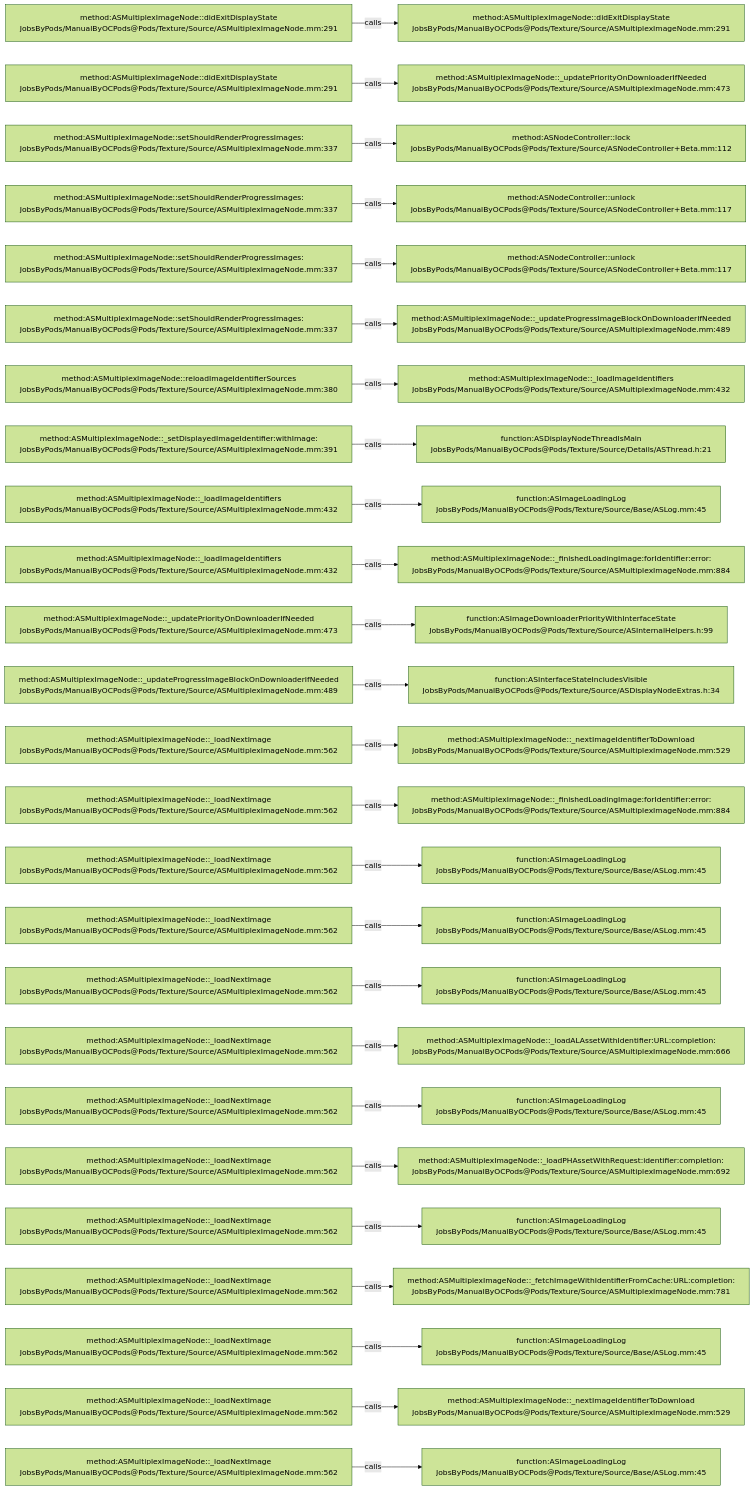
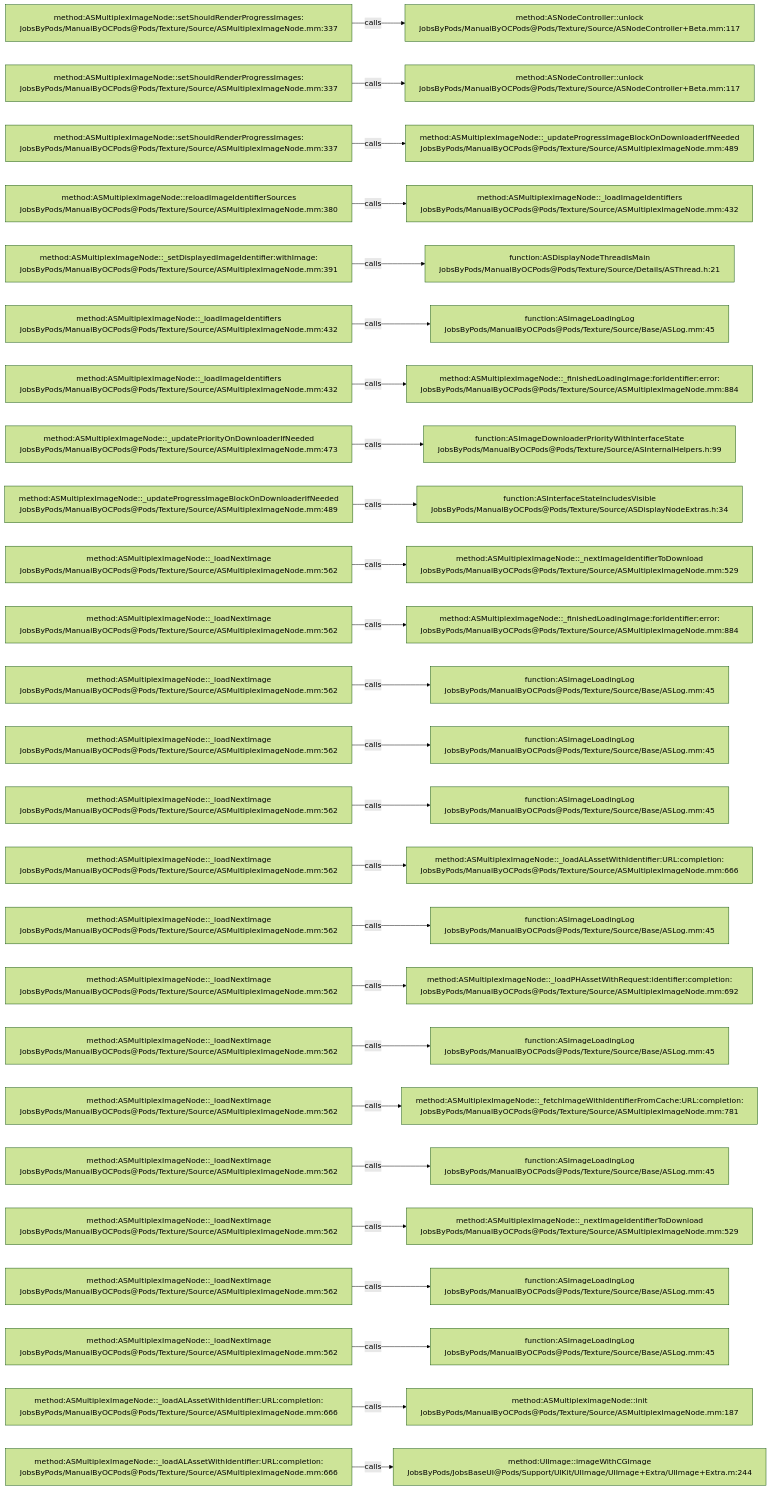
The diagram in .codegraph/codegraph.md/graphs/calls-117.md (JobsKits/JobsOCBaseConfigDemo), drawn with Mermaid (forest theme) before and after one commit. The commit also changed 342 other files, not shown here.

````diff
--- a/.codegraph/codegraph.md/graphs/calls-117.md
+++ b/.codegraph/codegraph.md/graphs/calls-117.md
@@ -13,78 +13,78 @@
 ```mermaid
 flowchart LR
-  S1["method:ASMultiplexImageNode::didExitDisplayState<br/>JobsByPods/ManualByOCPods@Pods/Texture/Source/ASMultiplexImageNode.mm:291"]
-  T1["method:ASMultiplexImageNode::didExitDisplayState<br/>JobsByPods/ManualByOCPods@Pods/Texture/Source/ASMultiplexImageNode.mm:291"]
+  S1["method:ASMultiplexImageNode::setShouldRenderProgressImages:<br/>JobsByPods/ManualByOCPods@Pods/Texture/Source/ASMultiplexImageNode.mm:337"]
+  T1["method:ASNodeController::unlock<br/>JobsByPods/ManualByOCPods@Pods/Texture/Source/ASNodeController+Beta.mm:117"]
   S1 -->|calls| T1
-  S2["method:ASMultiplexImageNode::didExitDisplayState<br/>JobsByPods/ManualByOCPods@Pods/Texture/Source/ASMultiplexImageNode.mm:291"]
-  T2["method:ASMultiplexImageNode::_updatePriorityOnDownloaderIfNeeded<br/>JobsByPods/ManualByOCPods@Pods/Texture/Source/ASMultiplexImageNode.mm:473"]
+  S2["method:ASMultiplexImageNode::setShouldRenderProgressImages:<br/>JobsByPods/ManualByOCPods@Pods/Texture/Source/ASMultiplexImageNode.mm:337"]
+  T2["method:ASNodeController::unlock<br/>JobsByPods/ManualByOCPods@Pods/Texture/Source/ASNodeController+Beta.mm:117"]
   S2 -->|calls| T2
   S3["method:ASMultiplexImageNode::setShouldRenderProgressImages:<br/>JobsByPods/ManualByOCPods@Pods/Texture/Source/ASMultiplexImageNode.mm:337"]
-  T3["method:ASNodeController::lock<br/>JobsByPods/ManualByOCPods@Pods/Texture/Source/ASNodeController+Beta.mm:112"]
+  T3["method:ASMultiplexImageNode::_updateProgressImageBlockOnDownloaderIfNeeded<br/>JobsByPods/ManualByOCPods@Pods/Texture/Source/ASMultiplexImageNode.mm:489"]
   S3 -->|calls| T3
-  S4["method:ASMultiplexImageNode::setShouldRenderProgressImages:<br/>JobsByPods/ManualByOCPods@Pods/Texture/Source/ASMultiplexImageNode.mm:337"]
-  T4["method:ASNodeController::unlock<br/>JobsByPods/ManualByOCPods@Pods/Texture/Source/ASNodeController+Beta.mm:117"]
+  S4["method:ASMultiplexImageNode::reloadImageIdentifierSources<br/>JobsByPods/ManualByOCPods@Pods/Texture/Source/ASMultiplexImageNode.mm:380"]
+  T4["method:ASMultiplexImageNode::_loadImageIdentifiers<br/>JobsByPods/ManualByOCPods@Pods/Texture/Source/ASMultiplexImageNode.mm:432"]
   S4 -->|calls| T4
-  S5["method:ASMultiplexImageNode::setShouldRenderProgressImages:<br/>JobsByPods/ManualByOCPods@Pods/Texture/Source/ASMultiplexImageNode.mm:337"]
-  T5["method:ASNodeController::unlock<br/>JobsByPods/ManualByOCPods@Pods/Texture/Source/ASNodeController+Beta.mm:117"]
+  S5["method:ASMultiplexImageNode::_setDisplayedImageIdentifier:withImage:<br/>JobsByPods/ManualByOCPods@Pods/Texture/Source/ASMultiplexImageNode.mm:391"]
+  T5["function:ASDisplayNodeThreadIsMain<br/>JobsByPods/ManualByOCPods@Pods/Texture/Source/Details/ASThread.h:21"]
   S5 -->|calls| T5
-  S6["method:ASMultiplexImageNode::setShouldRenderProgressImages:<br/>JobsByPods/ManualByOCPods@Pods/Texture/Source/ASMultiplexImageNode.mm:337"]
-  T6["method:ASMultiplexImageNode::_updateProgressImageBlockOnDownloaderIfNeeded<br/>JobsByPods/ManualByOCPods@Pods/Texture/Source/ASMultiplexImageNode.mm:489"]
+  S6["method:ASMultiplexImageNode::_loadImageIdentifiers<br/>JobsByPods/ManualByOCPods@Pods/Texture/Source/ASMultiplexImageNode.mm:432"]
+  T6["function:ASImageLoadingLog<br/>JobsByPods/ManualByOCPods@Pods/Texture/Source/Base/ASLog.mm:45"]
   S6 -->|calls| T6
-  S7["method:ASMultiplexImageNode::reloadImageIdentifierSources<br/>JobsByPods/ManualByOCPods@Pods/Texture/Source/ASMultiplexImageNode.mm:380"]
-  T7["method:ASMultiplexImageNode::_loadImageIdentifiers<br/>JobsByPods/ManualByOCPods@Pods/Texture/Source/ASMultiplexImageNode.mm:432"]
+  S7["method:ASMultiplexImageNode::_loadImageIdentifiers<br/>JobsByPods/ManualByOCPods@Pods/Texture/Source/ASMultiplexImageNode.mm:432"]
+  T7["method:ASMultiplexImageNode::_finishedLoadingImage:forIdentifier:error:<br/>JobsByPods/ManualByOCPods@Pods/Texture/Source/ASMultiplexImageNode.mm:884"]
   S7 -->|calls| T7
-  S8["method:ASMultiplexImageNode::_setDisplayedImageIdentifier:withImage:<br/>JobsByPods/ManualByOCPods@Pods/Texture/Source/ASMultiplexImageNode.mm:391"]
-  T8["function:ASDisplayNodeThreadIsMain<br/>JobsByPods/ManualByOCPods@Pods/Texture/Source/Details/ASThread.h:21"]
+  S8["method:ASMultiplexImageNode::_updatePriorityOnDownloaderIfNeeded<br/>JobsByPods/ManualByOCPods@Pods/Texture/Source/ASMultiplexImageNode.mm:473"]
+  T8["function:ASImageDownloaderPriorityWithInterfaceState<br/>JobsByPods/ManualByOCPods@Pods/Texture/Source/ASInternalHelpers.h:99"]
   S8 -->|calls| T8
-  S9["method:ASMultiplexImageNode::_loadImageIdentifiers<br/>JobsByPods/ManualByOCPods@Pods/Texture/Source/ASMultiplexImageNode.mm:432"]
-  T9["function:ASImageLoadingLog<br/>JobsByPods/ManualByOCPods@Pods/Texture/Source/Base/ASLog.mm:45"]
+  S9["method:ASMultiplexImageNode::_updateProgressImageBlockOnDownloaderIfNeeded<br/>JobsByPods/ManualByOCPods@Pods/Texture/Source/ASMultiplexImageNode.mm:489"]
+  T9["function:ASInterfaceStateIncludesVisible<br/>JobsByPods/ManualByOCPods@Pods/Texture/Source/ASDisplayNodeExtras.h:34"]
   S9 -->|calls| T9
-  S10["method:ASMultiplexImageNode::_loadImageIdentifiers<br/>JobsByPods/ManualByOCPods@Pods/Texture/Source/ASMultiplexImageNode.mm:432"]
-  T10["method:ASMultiplexImageNode::_finishedLoadingImage:forIdentifier:error:<br/>JobsByPods/ManualByOCPods@Pods/Texture/Source/ASMultiplexImageNode.mm:884"]
+  S10["method:ASMultiplexImageNode::_loadNextImage<br/>JobsByPods/ManualByOCPods@Pods/Texture/Source/ASMultiplexImageNode.mm:562"]
+  T10["method:ASMultiplexImageNode::_nextImageIdentifierToDownload<br/>JobsByPods/ManualByOCPods@Pods/Texture/Source/ASMultiplexImageNode.mm:529"]
   S10 -->|calls| T10
-  S11["method:ASMultiplexImageNode::_updatePriorityOnDownloaderIfNeeded<br/>JobsByPods/ManualByOCPods@Pods/Texture/Source/ASMultiplexImageNode.mm:473"]
-  T11["function:ASImageDownloaderPriorityWithInterfaceState<br/>JobsByPods/ManualByOCPods@Pods/Texture/Source/ASInternalHelpers.h:99"]
+  S11["method:ASMultiplexImageNode::_loadNextImage<br/>JobsByPods/ManualByOCPods@Pods/Texture/Source/ASMultiplexImageNode.mm:562"]
+  T11["method:ASMultiplexImageNode::_finishedLoadingImage:forIdentifier:error:<br/>JobsByPods/ManualByOCPods@Pods/Texture/Source/ASMultiplexImageNode.mm:884"]
   S11 -->|calls| T11
-  S12["method:ASMultiplexImageNode::_updateProgressImageBlockOnDownloaderIfNeeded<br/>JobsByPods/ManualByOCPods@Pods/Texture/Source/ASMultiplexImageNode.mm:489"]
-  T12["function:ASInterfaceStateIncludesVisible<br/>JobsByPods/ManualByOCPods@Pods/Texture/Source/ASDisplayNodeExtras.h:34"]
+  S12["method:ASMultiplexImageNode::_loadNextImage<br/>JobsByPods/ManualByOCPods@Pods/Texture/Source/ASMultiplexImageNode.mm:562"]
+  T12["function:ASImageLoadingLog<br/>JobsByPods/ManualByOCPods@Pods/Texture/Source/Base/ASLog.mm:45"]
   S12 -->|calls| T12
   S13["method:ASMultiplexImageNode::_loadNextImage<br/>JobsByPods/ManualByOCPods@Pods/Texture/Source/ASMultiplexImageNode.mm:562"]
-  T13["method:ASMultiplexImageNode::_nextImageIdentifierToDownload<br/>JobsByPods/ManualByOCPods@Pods/Texture/Source/ASMultiplexImageNode.mm:529"]
+  T13["function:ASImageLoadingLog<br/>JobsByPods/ManualByOCPods@Pods/Texture/Source/Base/ASLog.mm:45"]
   S13 -->|calls| T13
   S14["method:ASMultiplexImageNode::_loadNextImage<br/>JobsByPods/ManualByOCPods@Pods/Texture/Source/ASMultiplexImageNode.mm:562"]
-  T14["method:ASMultiplexImageNode::_finishedLoadingImage:forIdentifier:error:<br/>JobsByPods/ManualByOCPods@Pods/Texture/Source/ASMultiplexImageNode.mm:884"]
+  T14["function:ASImageLoadingLog<br/>JobsByPods/ManualByOCPods@Pods/Texture/Source/Base/ASLog.mm:45"]
   S14 -->|calls| T14
   S15["method:ASMultiplexImageNode::_loadNextImage<br/>JobsByPods/ManualByOCPods@Pods/Texture/Source/ASMultiplexImageNode.mm:562"]
-  T15["function:ASImageLoadingLog<br/>JobsByPods/ManualByOCPods@Pods/Texture/Source/Base/ASLog.mm:45"]
+  T15["method:ASMultiplexImageNode::_loadALAssetWithIdentifier:URL:completion:<br/>JobsByPods/ManualByOCPods@Pods/Texture/Source/ASMultiplexImageNode.mm:666"]
   S15 -->|calls| T15
   S16["method:ASMultiplexImageNode::_loadNextImage<br/>JobsByPods/ManualByOCPods@Pods/Texture/Source/ASMultiplexImageNode.mm:562"]
   T16["function:ASImageLoadingLog<br/>JobsByPods/ManualByOCPods@Pods/Texture/Source/Base/ASLog.mm:45"]
   S16 -->|calls| T16
   S17["method:ASMultiplexImageNode::_loadNextImage<br/>JobsByPods/ManualByOCPods@Pods/Texture/Source/ASMultiplexImageNode.mm:562"]
-  T17["function:ASImageLoadingLog<br/>JobsByPods/ManualByOCPods@Pods/Texture/Source/Base/ASLog.mm:45"]
+  T17["method:ASMultiplexImageNode::_loadPHAssetWithRequest:identifier:completion:<br/>JobsByPods/ManualByOCPods@Pods/Texture/Source/ASMultiplexImageNode.mm:692"]
   S17 -->|calls| T17
   S18["method:ASMultiplexImageNode::_loadNextImage<br/>JobsByPods/ManualByOCPods@Pods/Texture/Source/ASMultiplexImageNode.mm:562"]
-  T18["method:ASMultiplexImageNode::_loadALAssetWithIdentifier:URL:completion:<br/>JobsByPods/ManualByOCPods@Pods/Texture/Source/ASMultiplexImageNode.mm:666"]
+  T18["function:ASImageLoadingLog<br/>JobsByPods/ManualByOCPods@Pods/Texture/Source/Base/ASLog.mm:45"]
   S18 -->|calls| T18
   S19["method:ASMultiplexImageNode::_loadNextImage<br/>JobsByPods/ManualByOCPods@Pods/Texture/Source/ASMultiplexImageNode.mm:562"]
-  T19["function:ASImageLoadingLog<br/>JobsByPods/ManualByOCPods@Pods/Texture/Source/Base/ASLog.mm:45"]
+  T19["method:ASMultiplexImageNode::_fetchImageWithIdentifierFromCache:URL:completion:<br/>JobsByPods/ManualByOCPods@Pods/Texture/Source/ASMultiplexImageNode.mm:781"]
   S19 -->|calls| T19
   S20["method:ASMultiplexImageNode::_loadNextImage<br/>JobsByPods/ManualByOCPods@Pods/Texture/Source/ASMultiplexImageNode.mm:562"]
-  T20["method:ASMultiplexImageNode::_loadPHAssetWithRequest:identifier:completion:<br/>JobsByPods/ManualByOCPods@Pods/Texture/Source/ASMultiplexImageNode.mm:692"]
+  T20["function:ASImageLoadingLog<br/>JobsByPods/ManualByOCPods@Pods/Texture/Source/Base/ASLog.mm:45"]
   S20 -->|calls| T20
   S21["method:ASMultiplexImageNode::_loadNextImage<br/>JobsByPods/ManualByOCPods@Pods/Texture/Source/ASMultiplexImageNode.mm:562"]
-  T21["function:ASImageLoadingLog<br/>JobsByPods/ManualByOCPods@Pods/Texture/Source/Base/ASLog.mm:45"]
+  T21["method:ASMultiplexImageNode::_nextImageIdentifierToDownload<br/>JobsByPods/ManualByOCPods@Pods/Texture/Source/ASMultiplexImageNode.mm:529"]
   S21 -->|calls| T21
   S22["method:ASMultiplexImageNode::_loadNextImage<br/>JobsByPods/ManualByOCPods@Pods/Texture/Source/ASMultiplexImageNode.mm:562"]
-  T22["method:ASMultiplexImageNode::_fetchImageWithIdentifierFromCache:URL:completion:<br/>JobsByPods/ManualByOCPods@Pods/Texture/Source/ASMultiplexImageNode.mm:781"]
+  T22["function:ASImageLoadingLog<br/>JobsByPods/ManualByOCPods@Pods/Texture/Source/Base/ASLog.mm:45"]
   S22 -->|calls| T22
   S23["method:ASMultiplexImageNode::_loadNextImage<br/>JobsByPods/ManualByOCPods@Pods/Texture/Source/ASMultiplexImageNode.mm:562"]
   T23["function:ASImageLoadingLog<br/>JobsByPods/ManualByOCPods@Pods/Texture/Source/Base/ASLog.mm:45"]
   S23 -->|calls| T23
-  S24["method:ASMultiplexImageNode::_loadNextImage<br/>JobsByPods/ManualByOCPods@Pods/Texture/Source/ASMultiplexImageNode.mm:562"]
-  T24["method:ASMultiplexImageNode::_nextImageIdentifierToDownload<br/>JobsByPods/ManualByOCPods@Pods/Texture/Source/ASMultiplexImageNode.mm:529"]
+  S24["method:ASMultiplexImageNode::_loadALAssetWithIdentifier:URL:completion:<br/>JobsByPods/ManualByOCPods@Pods/Texture/Source/ASMultiplexImageNode.mm:666"]
+  T24["method:ASMultiplexImageNode::init<br/>JobsByPods/ManualByOCPods@Pods/Texture/Source/ASMultiplexImageNode.mm:187"]
   S24 -->|calls| T24
-  S25["method:ASMultiplexImageNode::_loadNextImage<br/>JobsByPods/ManualByOCPods@Pods/Texture/Source/ASMultiplexImageNode.mm:562"]
-  T25["function:ASImageLoadingLog<br/>JobsByPods/ManualByOCPods@Pods/Texture/Source/Base/ASLog.mm:45"]
+  S25["method:ASMultiplexImageNode::_loadALAssetWithIdentifier:URL:completion:<br/>JobsByPods/ManualByOCPods@Pods/Texture/Source/ASMultiplexImageNode.mm:666"]
+  T25["method:UIImage::imageWithCGImage<br/>JobsByPods/JobsBaseUI@Pods/Support/UIKit/UIImage/UIImage+Extra/UIImage+Extra.m:244"]
   S25 -->|calls| T25
 ```
````
